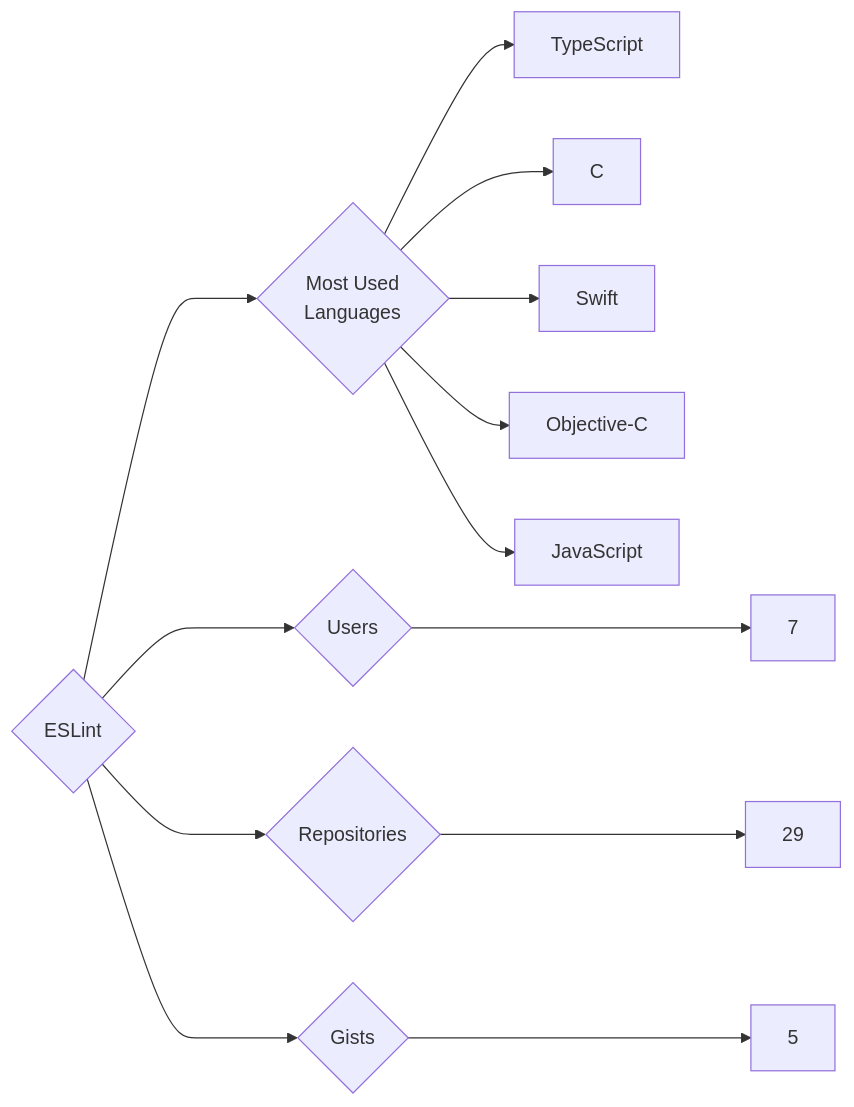
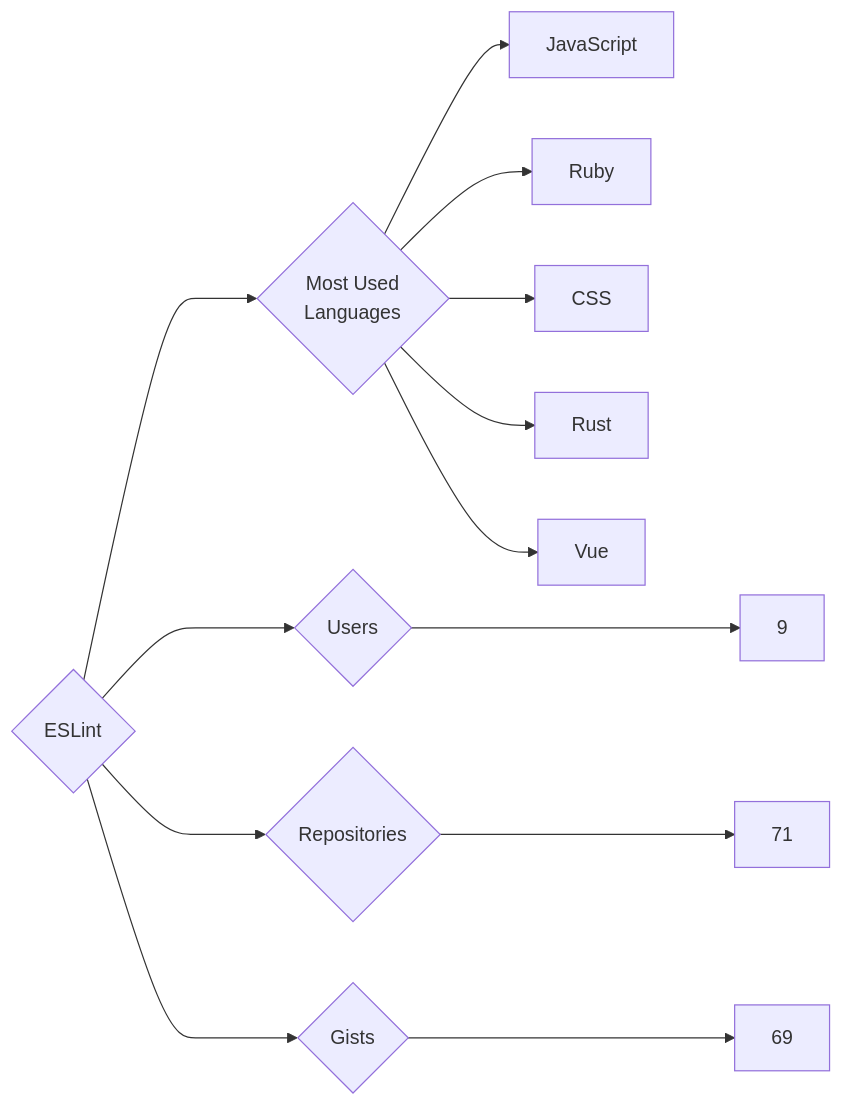
The diagram in targets/ESLint/README.md (trickest/insiders), drawn with Mermaid before and after one commit. The commit also changed 1167 other files, not shown here.

````diff
--- a/targets/ESLint/README.md
+++ b/targets/ESLint/README.md
@@ -3,13 +3,13 @@
 ```mermaid
 graph LR
 COMPANY_NAME{ESLint}
-COMPANY_NAME ---> U{Users} ---> UN[7]
-COMPANY_NAME ---> R{Repositories} ---> RN[29]
-COMPANY_NAME ---> G{Gists} ---> GN[5]
+COMPANY_NAME ---> U{Users} ---> UN[9]
+COMPANY_NAME ---> R{Repositories} ---> RN[71]
+COMPANY_NAME ---> G{Gists} ---> GN[69]
 COMPANY_NAME ---> ML{Most Used<br>Languages}
-ML --> TypeScript[TypeScript]
-ML --> C[C]
-ML --> Swift[Swift]
-ML --> Objective-C[Objective-C]
 ML --> JavaScript[JavaScript]
+ML --> Ruby[Ruby]
+ML --> CSS[CSS]
+ML --> Rust[Rust]
+ML --> Vue[Vue]
 ```
````
